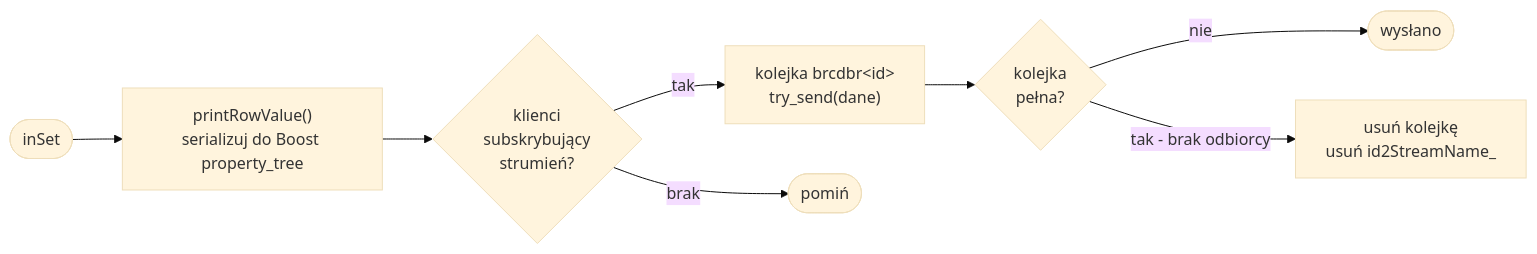
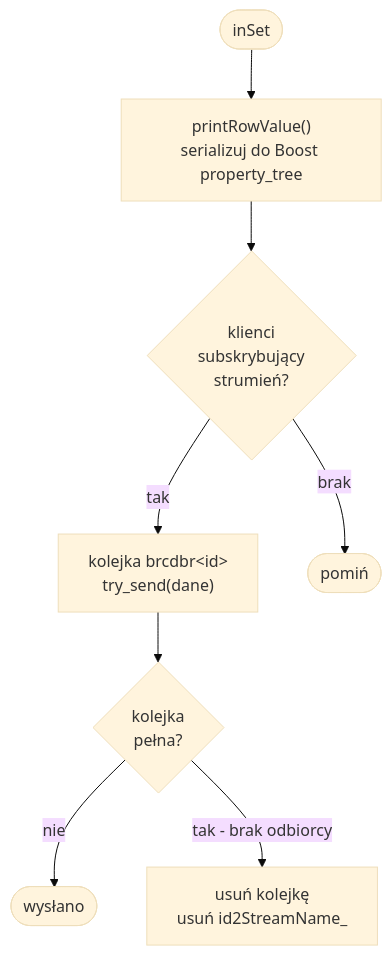
Before and after one commit to michalwidera/dokumentacja-rdb: the fifth of 6 diagrams in realizacja-zapytan/algorytm-przegladu-drzewa-zapytan.md, drawn with Mermaid (base theme). The commit also changed other lines of this file, not shown here.

````diff
--- a/realizacja-zapytan/algorytm-przegladu-drzewa-zapytan.md
+++ b/realizacja-zapytan/algorytm-przegladu-drzewa-zapytan.md
@@ -156,10 +156,10 @@
 ```mermaid
-flowchart LR
+flowchart TB
     A([inSet]) --> B["printRowValue()\nserializuj do Boost property_tree"]
     B --> C{klienci\nsubskrybujący\nstrumień?}
     C -->|tak| D["kolejka brcdbr&lt;id&gt;\ntry_send(dane)"]
     D --> E{kolejka\npełna?}
     E -->|nie| F([wysłano])
     E -->|tak - brak odbiorcy| G["usuń kolejkę\nusuń id2StreamName_"]
     C -->|brak| H([pomiń])
 ```
````
